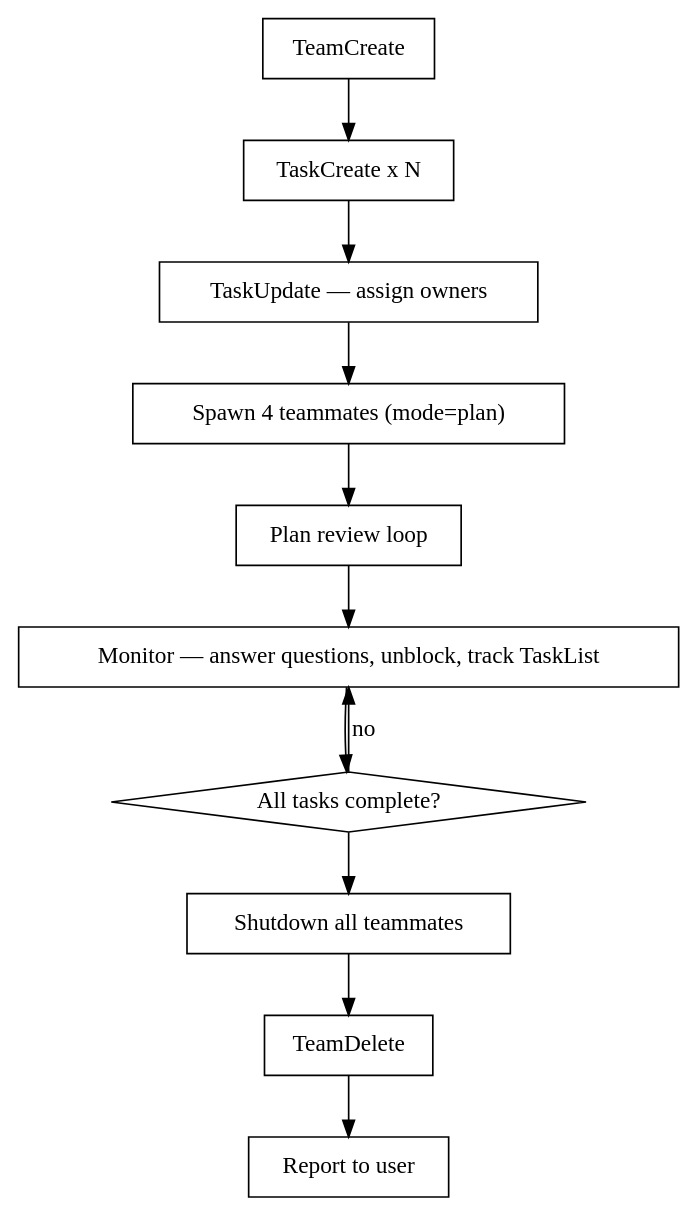
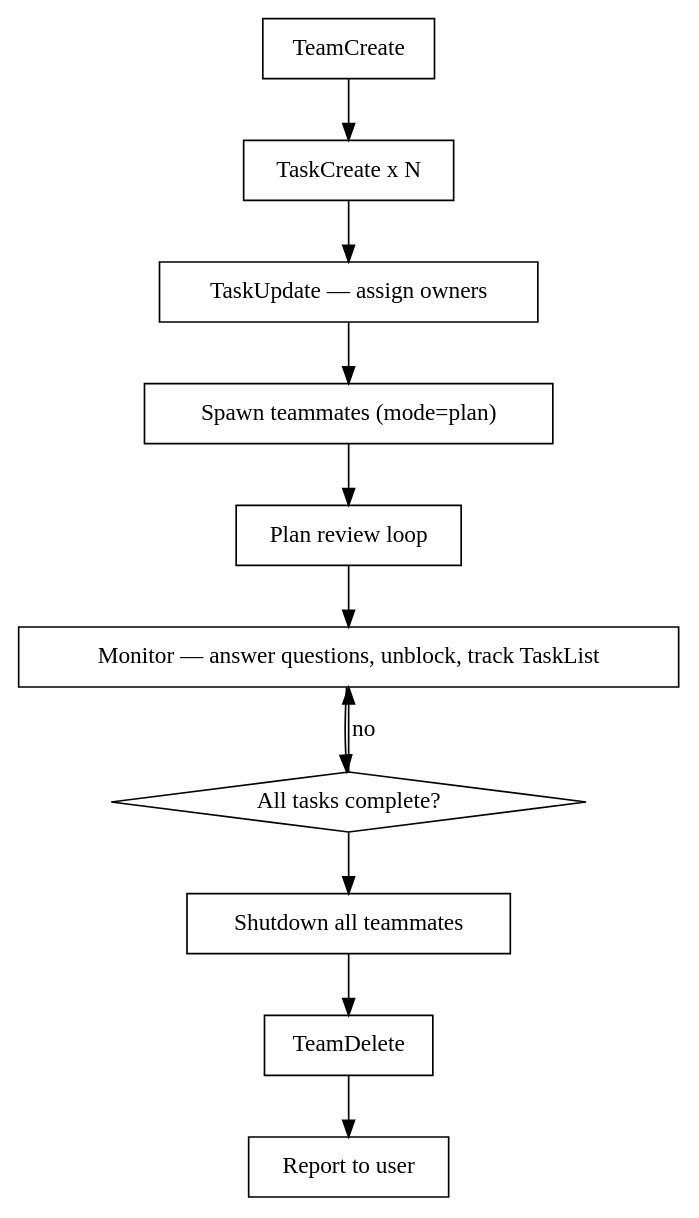
The third of 3 diagrams in SKILL.md (teafey/swarm.skill), drawn with Graphviz before and after one commit. The commit also changed other lines of this file and 2 other files, not shown here.

````diff
--- a/SKILL.md
+++ b/SKILL.md
@@ -84,26 +92,26 @@
 ```dot
 digraph lifecycle {
     rankdir=TB;
     "TeamCreate" [shape=box];
     "TaskCreate x N" [shape=box];
     "TaskUpdate — assign owners" [shape=box];
-    "Spawn 4 teammates (mode=plan)" [shape=box];
+    "Spawn teammates (mode=plan)" [shape=box];
     "Plan review loop" [shape=box];
     "Monitor — answer questions, unblock, track TaskList" [shape=box];
     "All tasks complete?" [shape=diamond];
     "Shutdown all teammates" [shape=box];
     "TeamDelete" [shape=box];
     "Report to user" [shape=box];
 
     "TeamCreate" -> "TaskCreate x N";
     "TaskCreate x N" -> "TaskUpdate — assign owners";
-    "TaskUpdate — assign owners" -> "Spawn 4 teammates (mode=plan)";
-    "Spawn 4 teammates (mode=plan)" -> "Plan review loop";
+    "TaskUpdate — assign owners" -> "Spawn teammates (mode=plan)";
+    "Spawn teammates (mode=plan)" -> "Plan review loop";
     "Plan review loop" -> "Monitor — answer questions, unblock, track TaskList";
     "Monitor — answer questions, unblock, track TaskList" -> "All tasks complete?";
     "All tasks complete?" -> "Monitor — answer questions, unblock, track TaskList" [label="no"];
     "All tasks complete?" -> "Shutdown all teammates";
     "Shutdown all teammates" -> "TeamDelete";
     "TeamDelete" -> "Report to user";
 }
 ```
````
